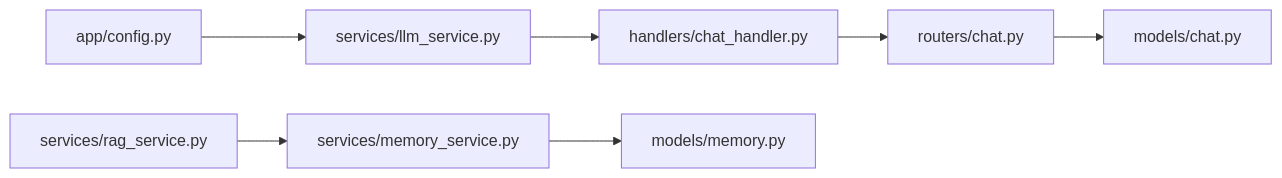
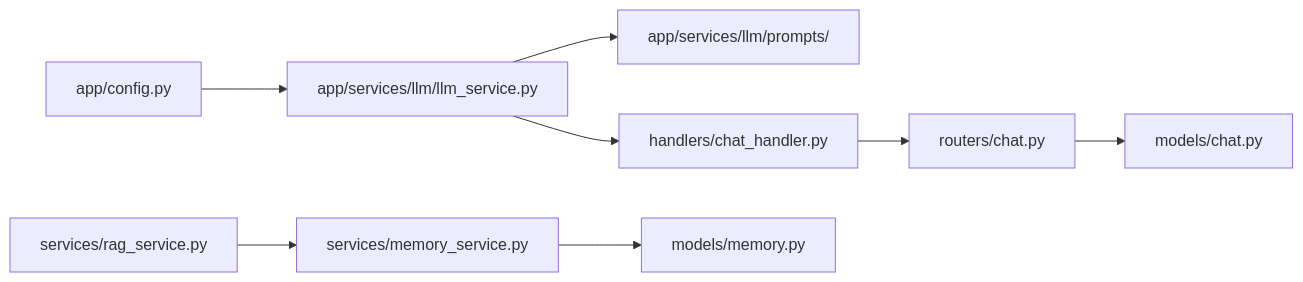
The eighth of 8 diagrams in .qoder/repowiki/zh/content/后端系统/业务服务层/LLM 服务.md (laohanhahaha/PaperChat), drawn with Mermaid before and after one commit. The commit also changed other lines of this file and 8 other files, not shown here.

````diff
--- a/.qoder/repowiki/zh/content/后端系统/业务服务层/LLM 服务.md
+++ b/.qoder/repowiki/zh/content/后端系统/业务服务层/LLM 服务.md
@@ -286,9 +424,10 @@
 ```mermaid
 graph LR
-CFG["app/config.py"] --> LLM["services/llm_service.py"]
+CONFIG["app/config.py"] --> LLM["app/services/llm/llm_service.py"]
+LLM --> PROMPTS["app/services/llm/prompts/"]
 LLM --> WS["handlers/chat_handler.py"]
 WS --> ROUTER["routers/chat.py"]
 ROUTER --> MODEL["models/chat.py"]
 RAG["services/rag_service.py"] --> MEM["services/memory_service.py"]
 MEM --> MEMMODEL["models/memory.py"]
 ```
````
